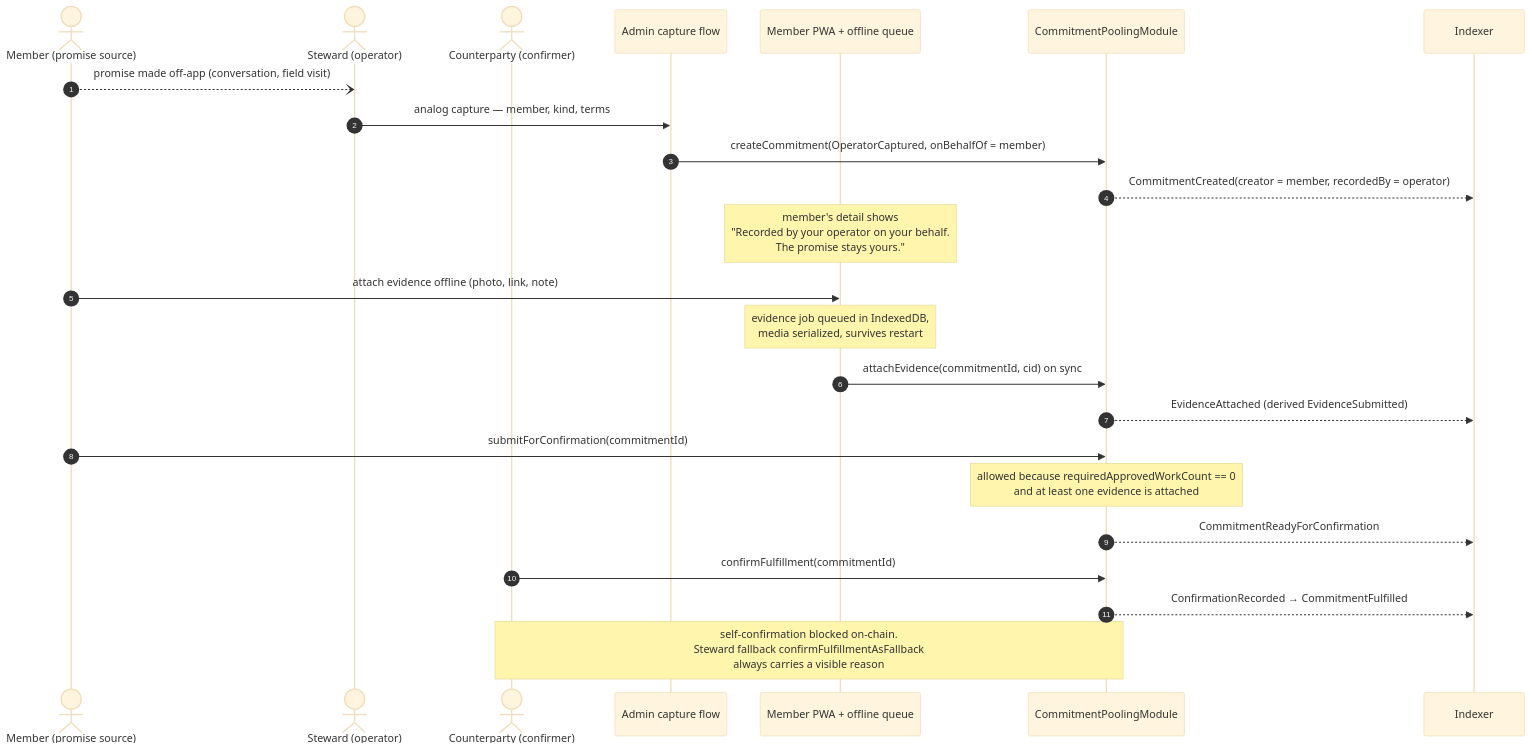
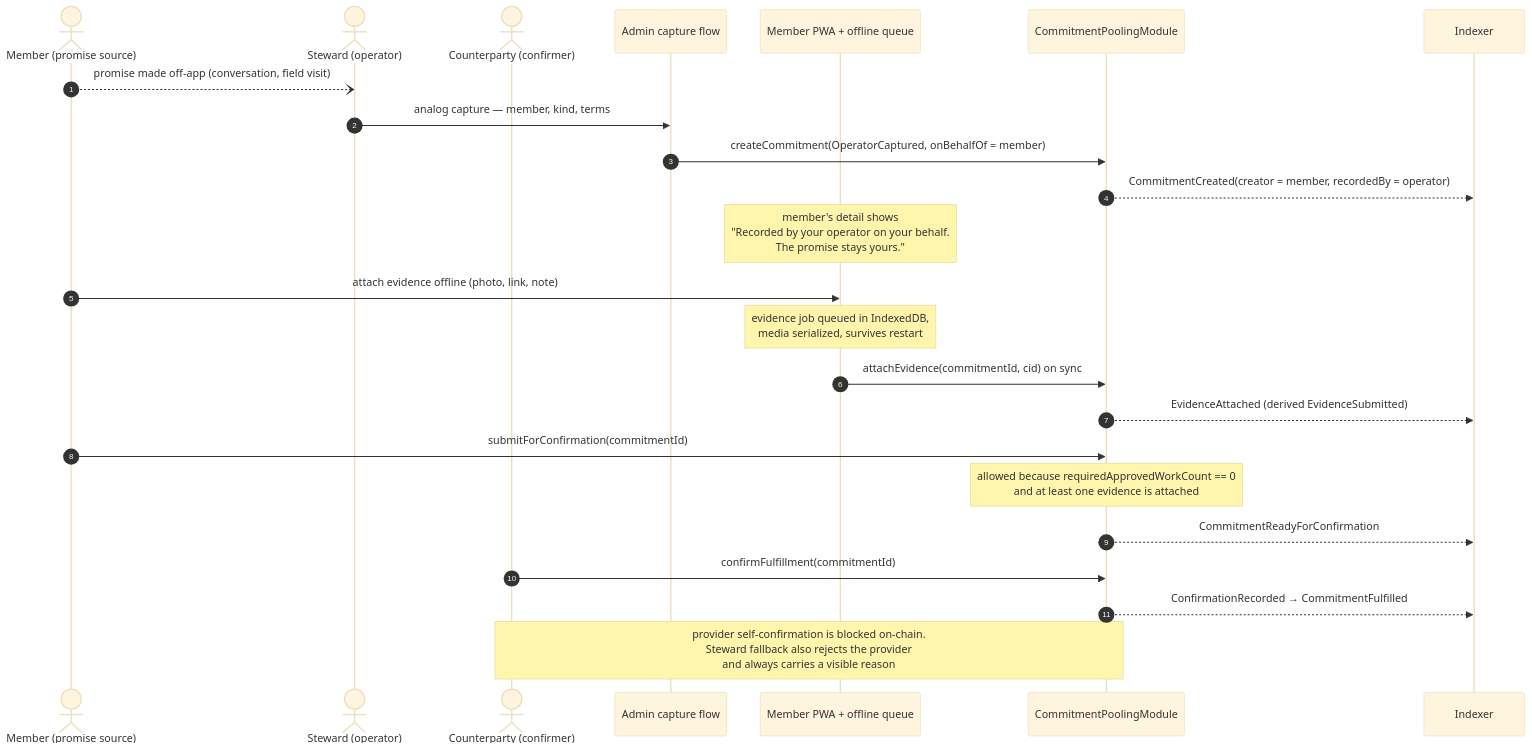
The fourth of 15 diagrams in .plans/active/commitment-pooling/diagrams.md (greenpill-dev-guild/green-goods), drawn with Mermaid (base theme) before and after one commit. The commit also changed other lines of this file and 51 other files, not shown here.

````diff
--- a/.plans/active/commitment-pooling/diagrams.md
+++ b/.plans/active/commitment-pooling/diagrams.md
@@ -132,27 +227,27 @@
 ```mermaid
 sequenceDiagram
   autonumber
   actor MEM as Member (promise source)
   actor OP as Steward (operator)
   actor CP as Counterparty (confirmer)
   participant ADM as Admin capture flow
   participant PWA as Member PWA + offline queue
   participant M as CommitmentPoolingModule
   participant IDX as Indexer
 
   MEM--)OP: promise made off-app (conversation, field visit)
   OP->>ADM: analog capture — member, kind, terms
   ADM->>M: createCommitment(OperatorCaptured, onBehalfOf = member)
   M-->>IDX: CommitmentCreated(creator = member, recordedBy = operator)
   Note over PWA: member's detail shows<br/>"Recorded by your operator on your behalf.<br/>The promise stays yours."
   MEM->>PWA: attach evidence offline (photo, link, note)
   Note over PWA: evidence job queued in IndexedDB,<br/>media serialized, survives restart
   PWA->>M: attachEvidence(commitmentId, cid) on sync
   M-->>IDX: EvidenceAttached (derived EvidenceSubmitted)
   MEM->>M: submitForConfirmation(commitmentId)
   Note over M: allowed because requiredApprovedWorkCount == 0<br/>and at least one evidence is attached
   M-->>IDX: CommitmentReadyForConfirmation
   CP->>M: confirmFulfillment(commitmentId)
   M-->>IDX: ConfirmationRecorded → CommitmentFulfilled
-  Note over CP,M: self-confirmation blocked on-chain.<br/>Steward fallback confirmFulfillmentAsFallback<br/>always carries a visible reason
+  Note over CP,M: provider self-confirmation is blocked on-chain.<br/>Steward fallback also rejects the provider<br/>and always carries a visible reason
 ```
````
